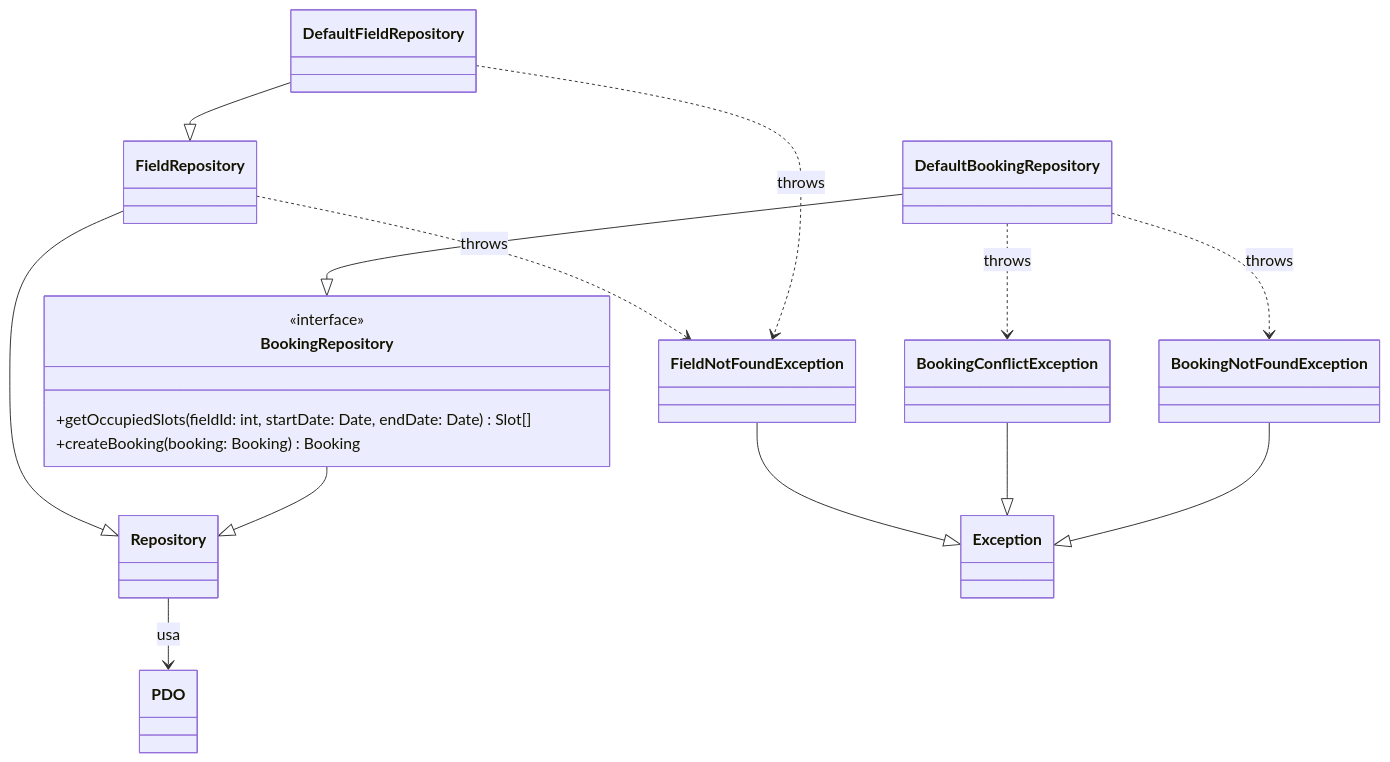
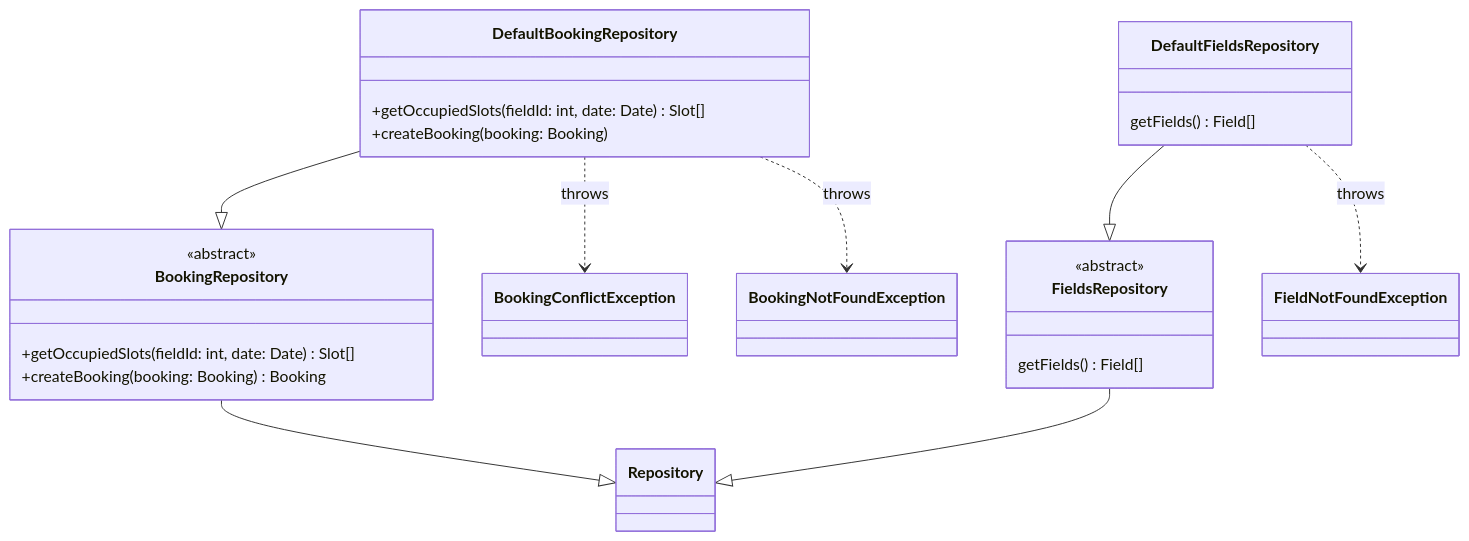
The first of 4 diagrams in documentazione/classi_uc03_uc04.md (mb4dev/progetto-prova), drawn with Mermaid before and after one commit. The commit also changed other lines of this file and 6 other files, not shown here.

````diff
--- a/documentazione/classi_uc03_uc04.md
+++ b/documentazione/classi_uc03_uc04.md
@@ -7,39 +7,41 @@
 ``` mermaid 
+
 classDiagram
 
-class Repository {}
-class DefaultFieldRepository {}
-class FieldNotFoundException {}
-
-FieldRepository --|> Repository
-DefaultFieldRepository --|> FieldRepository
-
-
-FieldRepository ..> FieldNotFoundException : throws
-
 class BookingRepository {
-    <<interface>>
-	+getOccupiedSlots(fieldId: int, startDate: Date, endDate: Date) Slot[]
+    <<abstract>>
+	+getOccupiedSlots(fieldId: int, date: Date) Slot[]
     +createBooking(booking: Booking) Booking
 }
 
+class FieldsRepository {
+    <<abstract>>
 
-class DefaultBookingRepository{
+    getFields() Field[]
 }
 
-class BookingConflictException {}
-class BookingNotFoundException {}
+class DefaultBookingRepository {
+    +getOccupiedSlots(fieldId: int, date: Date) Slot[]
+    +createBooking(booking: Booking) 
+}
+
+class DefaultFieldsRepository {
+    getFields() Field[]
+}
+
+BookingRepository --|> Repository
+FieldsRepository --|> Repository
+DefaultBookingRepository --|> BookingRepository
+DefaultFieldsRepository --|> FieldsRepository
 
 
-BookingRepository --|> Repository
-DefaultBookingRepository --|> BookingRepository
-Repository --> PDO : usa
-
-DefaultFieldRepository ..> FieldNotFoundException : throws
 DefaultBookingRepository ..> BookingConflictException : throws
 DefaultBookingRepository ..> BookingNotFoundException : throws
+DefaultFieldsRepository ..> FieldNotFoundException : throws
 
-FieldNotFoundException --|> Exception
-BookingConflictException --|> Exception
-BookingNotFoundException --|> Exception
+
+%%class BookingConflictException {}
+%%class BookingNotFoundException {}
+
+
 ```
````
